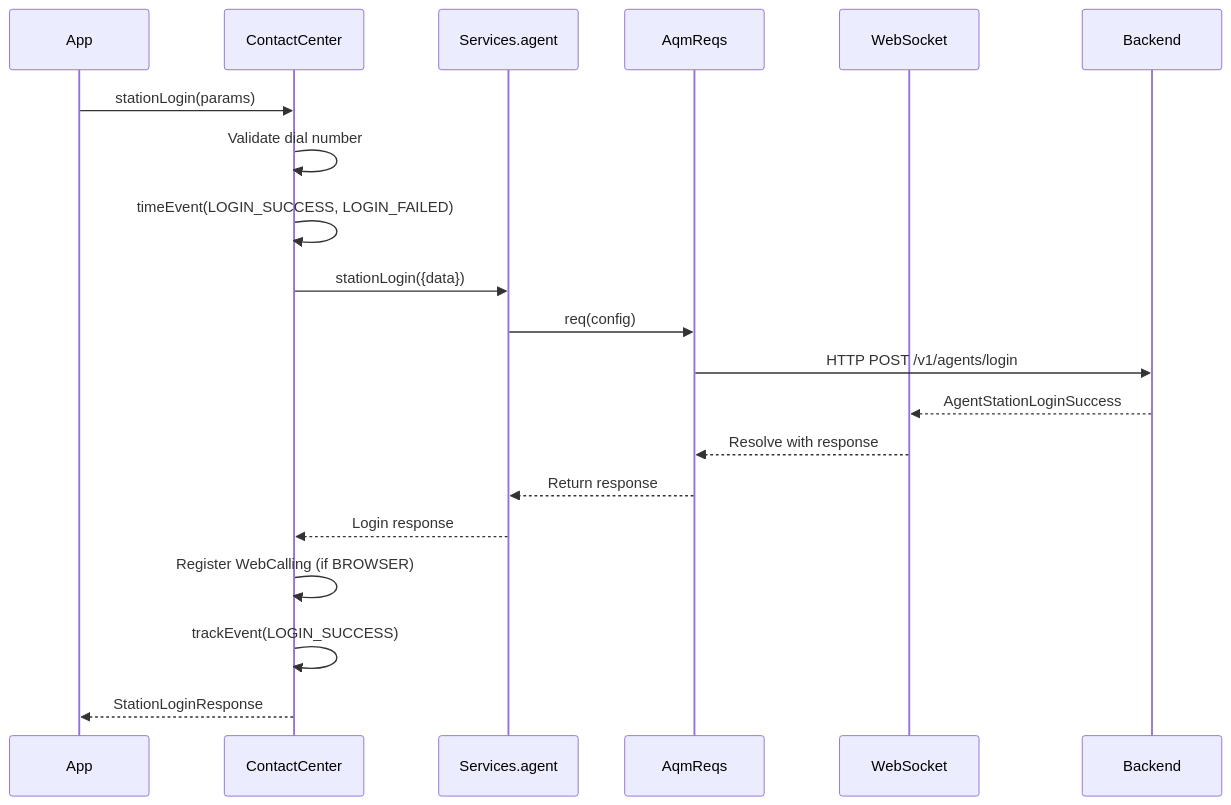
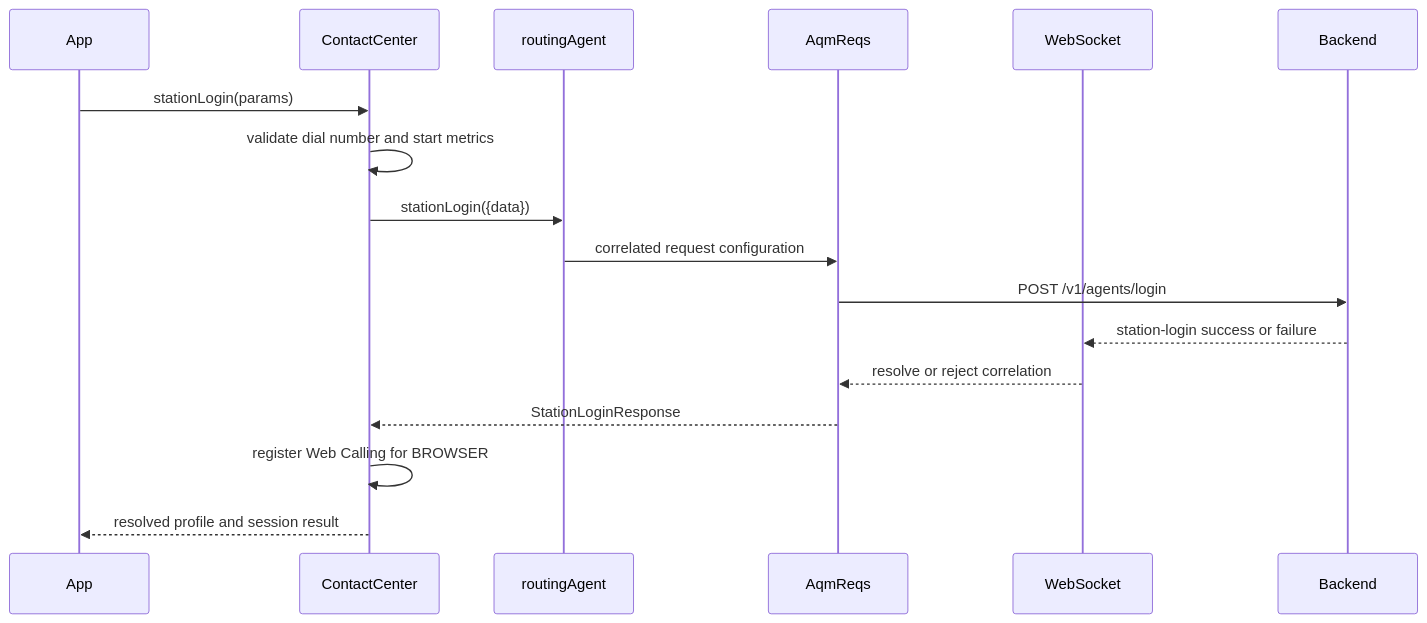
One commit to webex/webex-js-sdk changed the fourth of 4 diagrams in packages/@webex/contact-center/src/services/agent/ai-docs/ARCHITECTURE.md. Above: the diagram before and after it, drawn with Mermaid. The commit also changed other lines of this file and 39 other files, not shown here.

````diff
--- a/packages/@webex/contact-center/src/services/agent/ai-docs/ARCHITECTURE.md
+++ b/packages/@webex/contact-center/src/services/agent/ai-docs/ARCHITECTURE.md
@@ -86,22 +122,19 @@
 ```mermaid
 sequenceDiagram
     participant App
     participant CC as ContactCenter
-    participant Svc as Services.agent
+    participant Agent as routingAgent
     participant AQM as AqmReqs
     participant WS as WebSocket
-    participant BE as Backend
+    participant Backend
     App->>CC: stationLogin(params)
-    CC->>CC: Validate dial number
-    CC->>CC: timeEvent(LOGIN_SUCCESS, LOGIN_FAILED)
-    CC->>Svc: stationLogin({data})
-    Svc->>AQM: req(config)
-    AQM->>BE: HTTP POST /v1/agents/login
-    BE-->>WS: AgentStationLoginSuccess
-    WS-->>AQM: Resolve with response
-    AQM-->>Svc: Return response
-    Svc-->>CC: Login response
-    CC->>CC: Register WebCalling (if BROWSER)
-    CC->>CC: trackEvent(LOGIN_SUCCESS)
-    CC-->>App: StationLoginResponse
+    CC->>CC: validate dial number and start metrics
+    CC->>Agent: stationLogin({data})
+    Agent->>AQM: correlated request configuration
+    AQM->>Backend: POST /v1/agents/login
+    Backend-->>WS: station-login success or failure
+    WS-->>AQM: resolve or reject correlation
+    AQM-->>CC: StationLoginResponse
+    CC->>CC: register Web Calling for BROWSER
+    CC-->>App: resolved profile and session result
 ```
````
